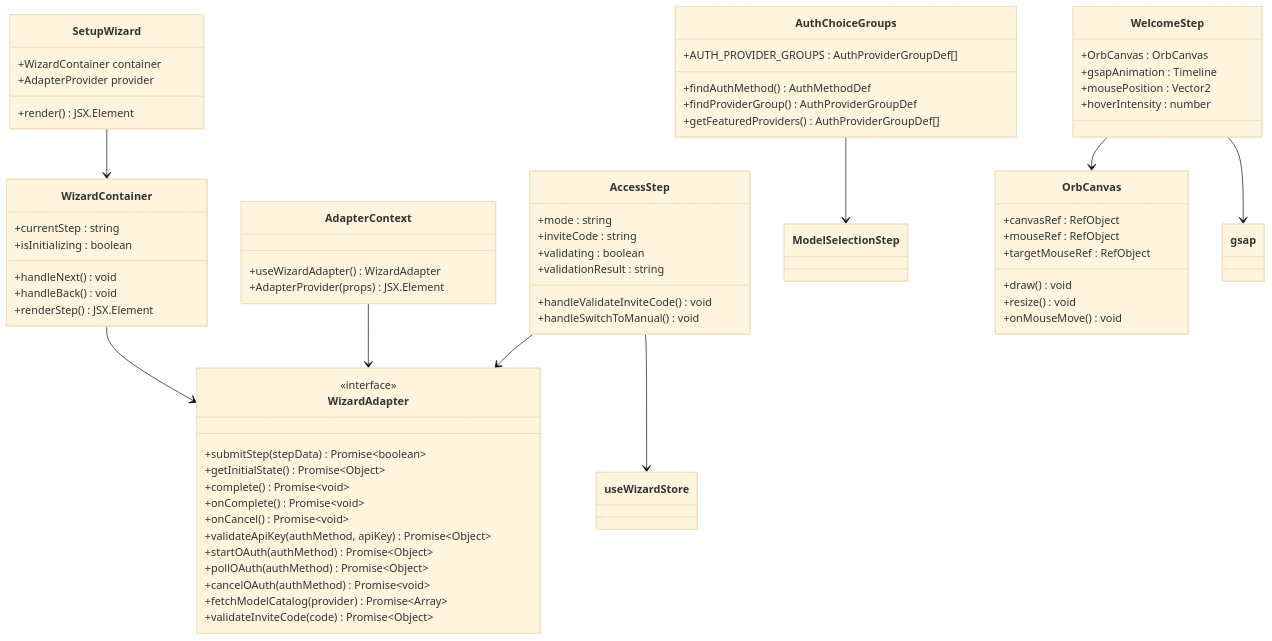
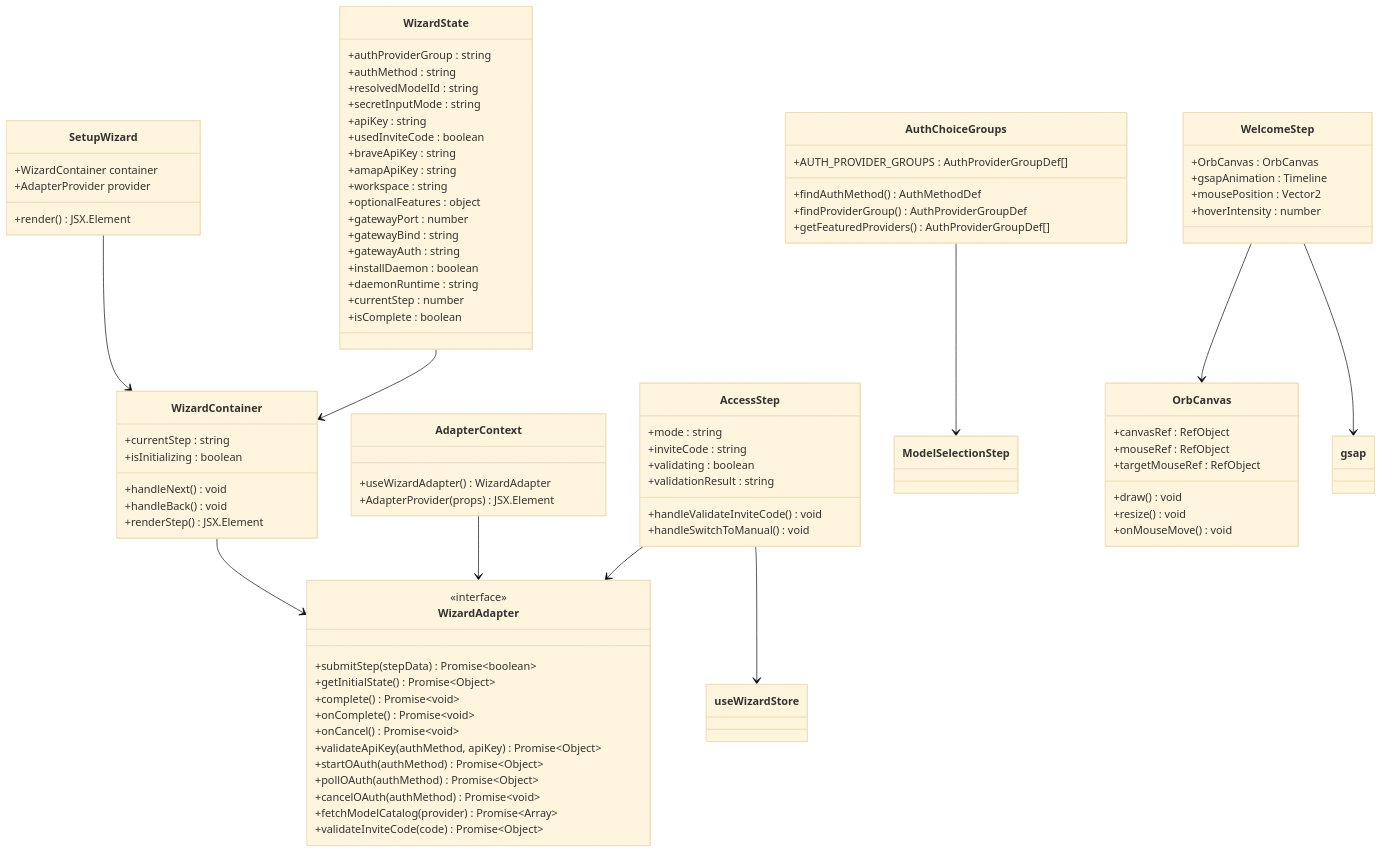
Before and after one commit to verse-ai-org/openclaw: the second of 15 diagrams in .qoder/repowiki/zh/content/开发者指南/设置向导系统.md, drawn with Mermaid (base theme). The commit also changed other lines of this file and 7 other files, not shown here.

````diff
--- a/.qoder/repowiki/zh/content/开发者指南/设置向导系统.md
+++ b/.qoder/repowiki/zh/content/开发者指南/设置向导系统.md
@@ -222,6 +234,25 @@
 +resize() void
 +onMouseMove() void
 }
+class WizardState {
++authProviderGroup : string
++authMethod : string
++resolvedModelId : string
++secretInputMode : string
++apiKey : string
++usedInviteCode : boolean
++braveApiKey : string
++amapApiKey : string
++workspace : string
++optionalFeatures : object
++gatewayPort : number
++gatewayBind : string
++gatewayAuth : string
++installDaemon : boolean
++daemonRuntime : string
++currentStep : number
++isComplete : boolean
+}
 SetupWizard --> WizardContainer
 WizardContainer --> WizardAdapter
 AdapterContext --> WizardAdapter
@@ -230,4 +261,5 @@
 AccessStep --> useWizardStore
 WelcomeStep --> OrbCanvas
 WelcomeStep --> gsap
+WizardState --> WizardContainer
 ```
````
